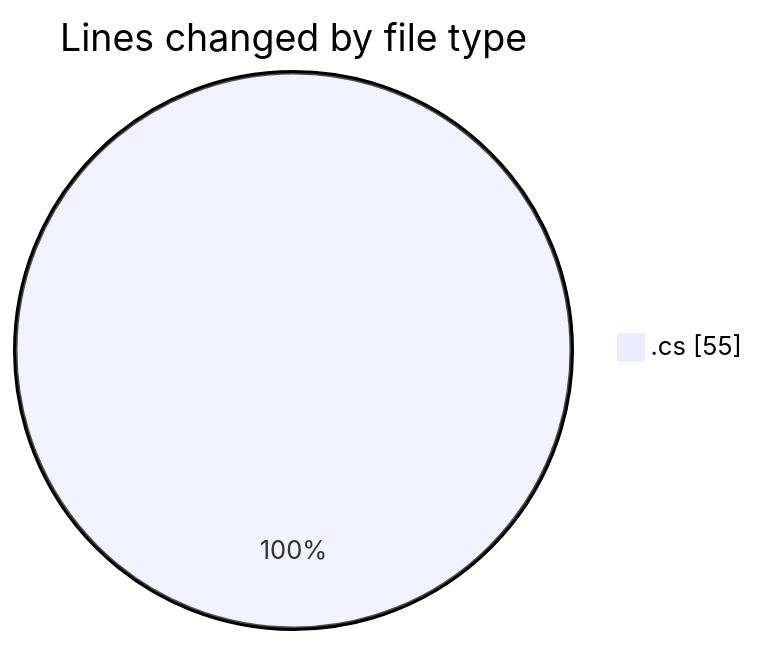
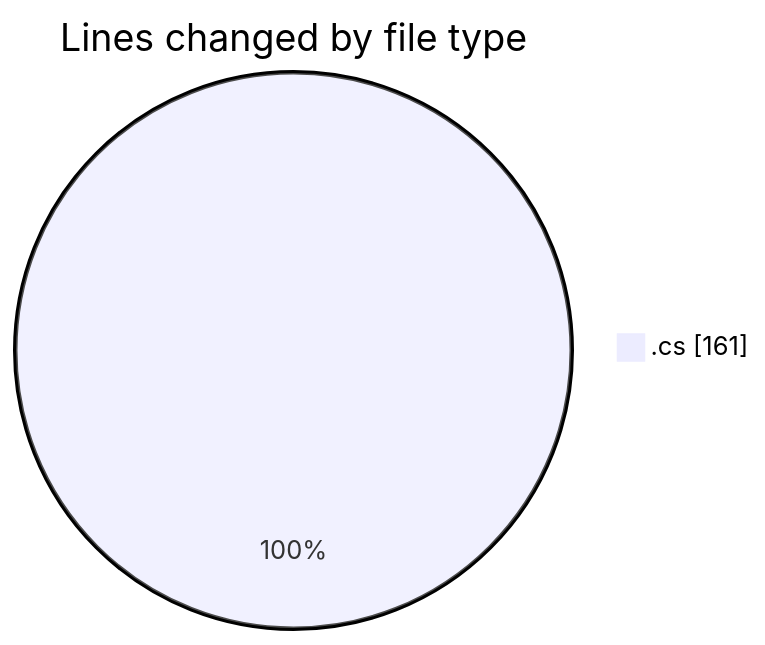
The first of 2 diagrams in 2026-08-27/immersive_codes/README.md (Unknowalive/code-tracking), drawn with Mermaid before and after one commit. The commit also changed other lines of this file and 1 other file, not shown here.

````diff
--- a/2026-08-27/immersive_codes/README.md
+++ b/2026-08-27/immersive_codes/README.md
@@ -21,5 +22,5 @@
 ```mermaid
 pie showData
 title Lines changed by file type
-".cs" : 55
+".cs" : 161
 ```
````
